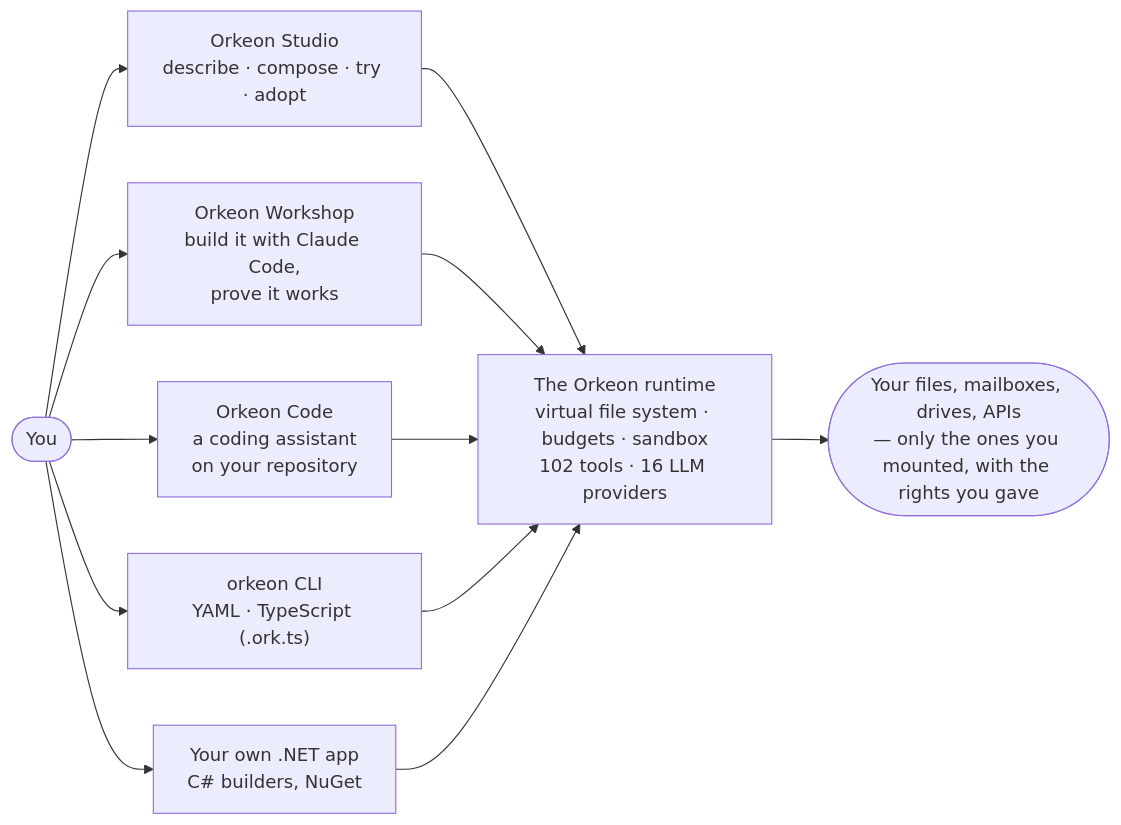
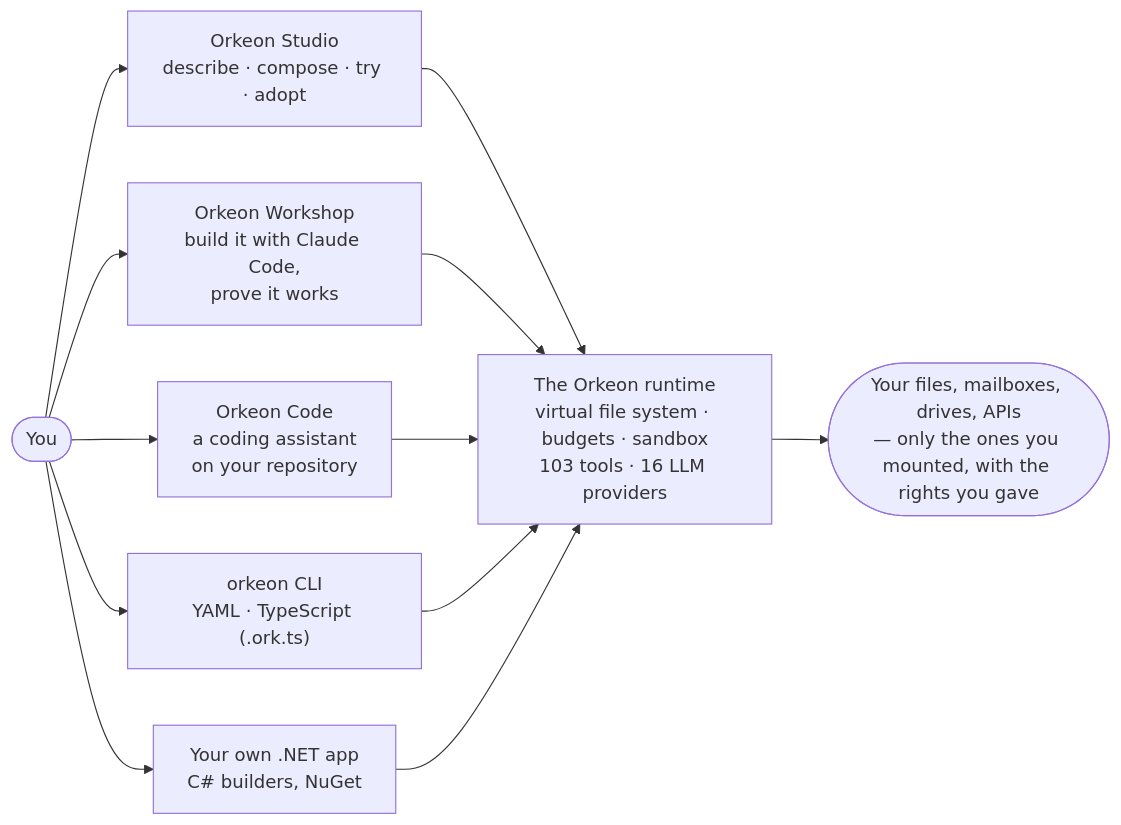
The diagram in README.md (Orkeon/orkeon), drawn with Mermaid before and after one commit. The commit also changed other lines of this file and 38 other files, not shown here.

First line of the commit message:
feat(analysis): access_cost graph query, port calls with in_loop/in_lambda flags, in-memory filters, parity with access-cost.py, and the dev-repo fixture (RT-35, #169)

````diff
--- a/README.md
+++ b/README.md
@@ -30,10 +30,10 @@
 ```mermaid
 flowchart LR
     you(["You"]) --> studio["Orkeon Studio<br/>describe · compose · try · adopt"]
     you --> workshop["Orkeon Workshop<br/>build it with Claude Code,<br/>prove it works"]
     you --> code["Orkeon Code<br/>a coding assistant<br/>on your repository"]
     you --> cli["orkeon CLI<br/>YAML · TypeScript (.ork.ts)"]
     you --> app["Your own .NET app<br/>C# builders, NuGet"]
-    studio & workshop & code & cli & app --> runtime["The Orkeon runtime<br/>virtual file system · budgets · sandbox<br/>102 tools · 16 LLM providers"]
+    studio & workshop & code & cli & app --> runtime["The Orkeon runtime<br/>virtual file system · budgets · sandbox<br/>103 tools · 16 LLM providers"]
     runtime --> world(["Your files, mailboxes, drives, APIs<br/>— only the ones you mounted, with the rights you gave"])
 ```
````
